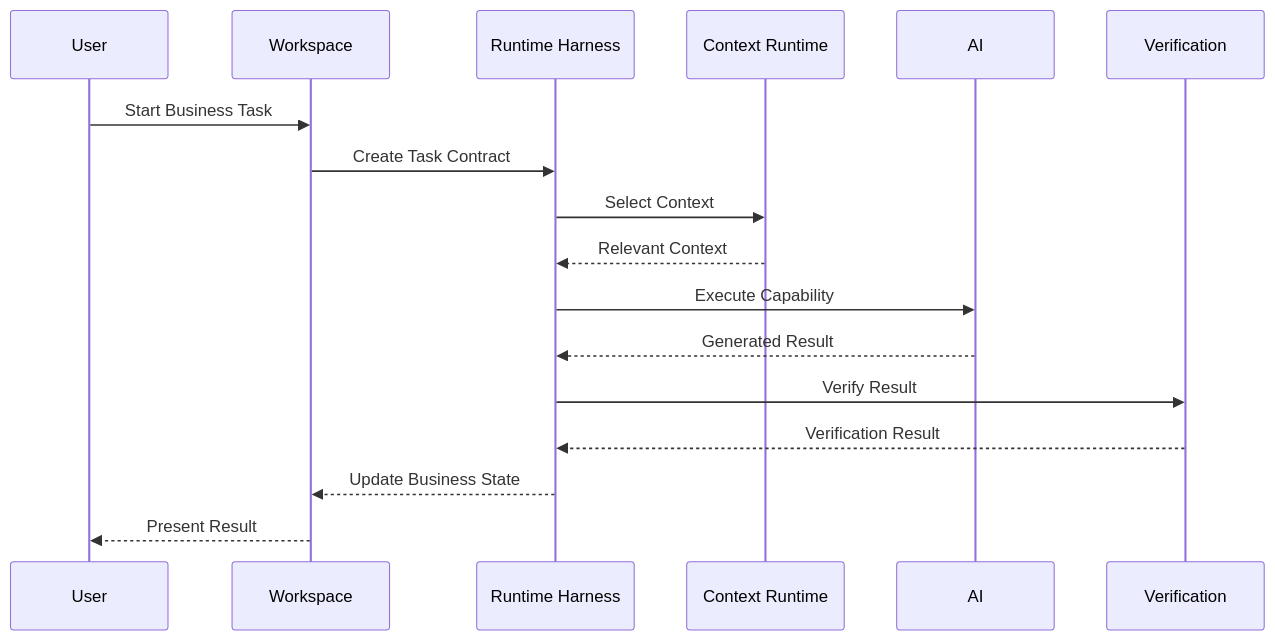
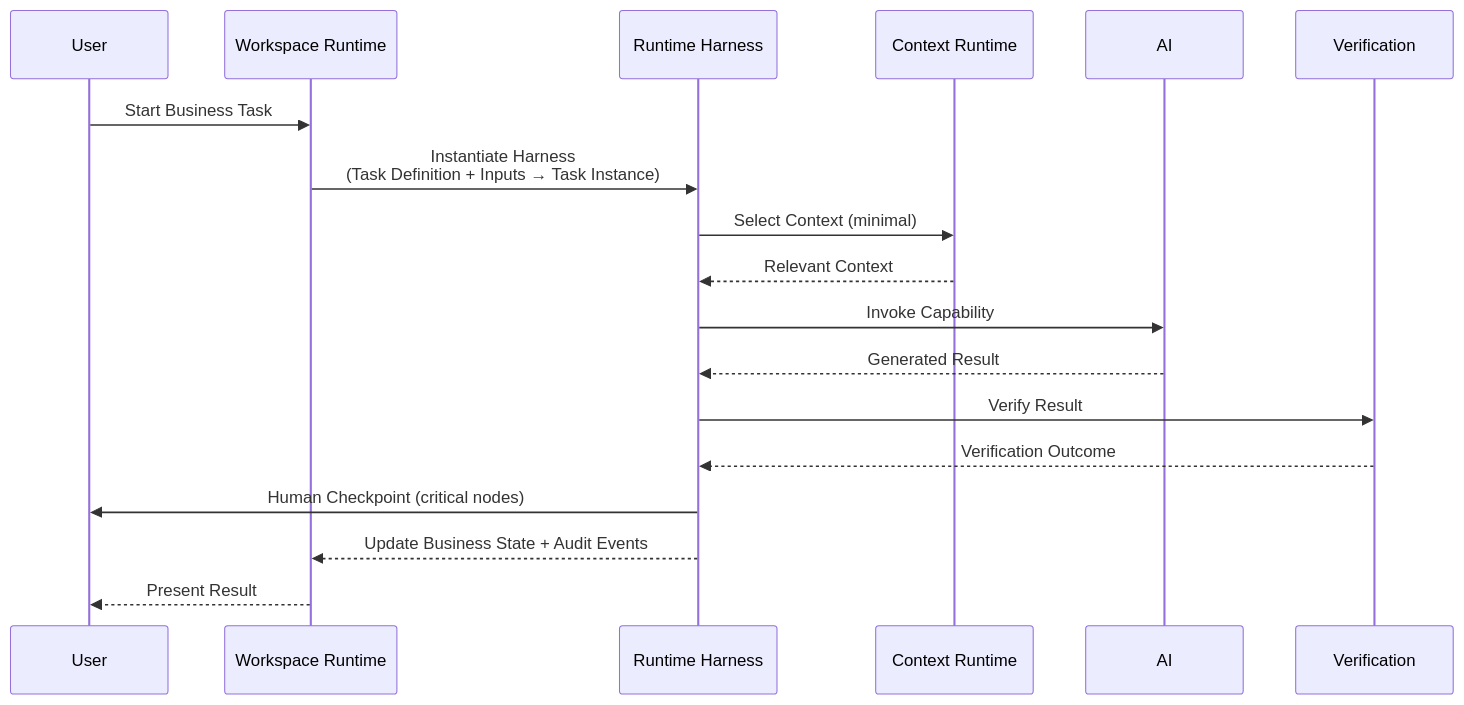
Before and after one commit to vxture/vxture-ruyin: the sixth of 7 diagrams in temp/ruyin-runtime-contract-design.md, drawn with Mermaid. The commit also changed other lines of this file and 4 other files, not shown here.

First line of the commit message:
docs: unify runtime model, define harness scoping, add contract schema and context architecture

````diff
--- a/temp/ruyin-runtime-contract-design.md
+++ b/temp/ruyin-runtime-contract-design.md
@@ -920,20 +963,21 @@
 ```mermaid
 sequenceDiagram
     participant U as User
-    participant W as Workspace
+    participant W as Workspace Runtime
     participant H as Runtime Harness
     participant C as Context Runtime
     participant A as AI
     participant V as Verification
 
     U->>W: Start Business Task
-    W->>H: Create Task Contract
-    H->>C: Select Context
+    W->>H: Instantiate Harness<br/>(Task Definition + Inputs → Task Instance)
+    H->>C: Select Context (minimal)
     C-->>H: Relevant Context
-    H->>A: Execute Capability
+    H->>A: Invoke Capability
     A-->>H: Generated Result
     H->>V: Verify Result
-    V-->>H: Verification Result
-    H-->>W: Update Business State
+    V-->>H: Verification Outcome
+    H->>U: Human Checkpoint (critical nodes)
+    H-->>W: Update Business State + Audit Events
     W-->>U: Present Result
 ```
````
